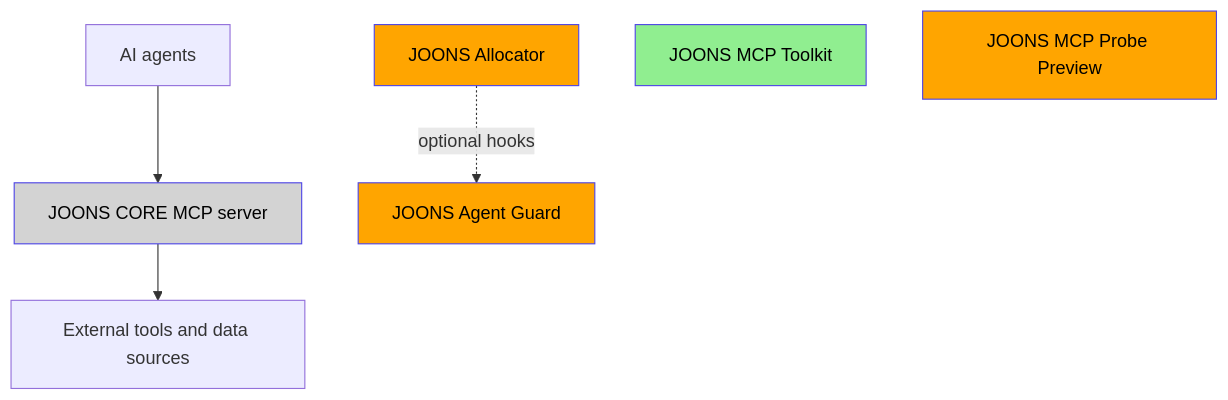
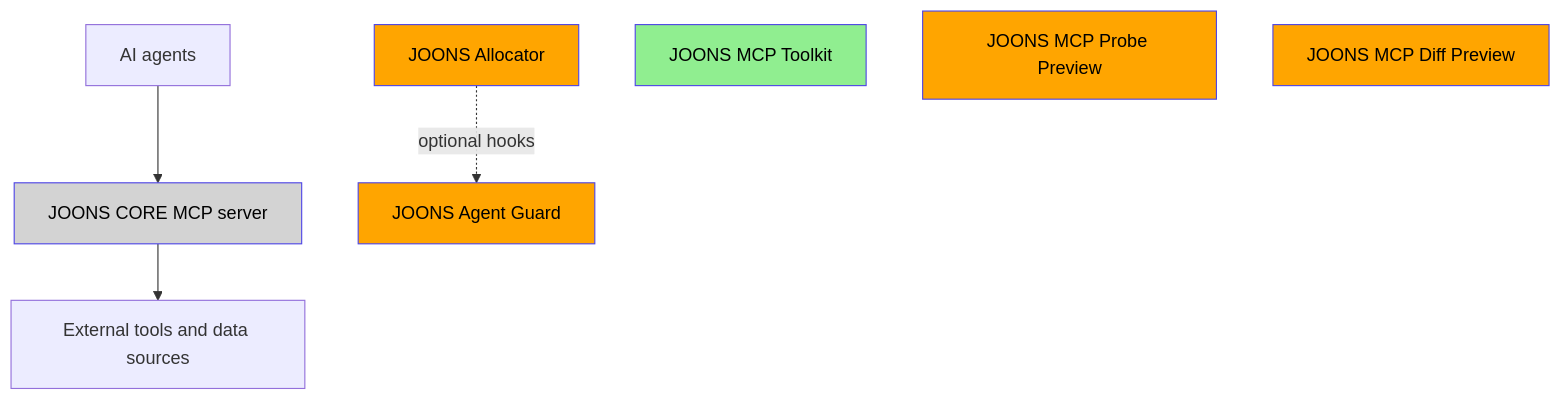
The diagram in README.ko.md (dbdefault/joons-ecosystem), drawn with Mermaid before and after one commit. The commit also changed other lines of this file and 6 other files, not shown here.

Commit message:
Docs: add JOONS MCP Diff v0.1.0 Preview

````diff
--- a/README.ko.md
+++ b/README.ko.md
@@ -28,16 +29,17 @@
 ```mermaid
 flowchart TD
     Agent["AI agents"] --> CORE["JOONS CORE MCP server"]
     CORE --> External["External tools and data sources"]
     Allocator["JOONS Allocator"] -. "optional hooks" .-> Guard["JOONS Agent Guard"]
     Toolkit["JOONS MCP Toolkit"]
     Probe["JOONS MCP Probe Preview"]
+    Diff["JOONS MCP Diff Preview"]
     classDef private fill:#d3d3d3,stroke:#4F46E5,color:#000
     classDef public fill:#90ee90,stroke:#4F46E5,color:#000
     classDef preview fill:#ffa500,stroke:#4F46E5,color:#000
     classDef planned fill:#add8e6,stroke:#4F46E5,color:#000
     class CORE private
     class Toolkit public
     class Guard,Allocator preview
-    class Probe preview
+    class Probe,Diff preview
 ```
````
